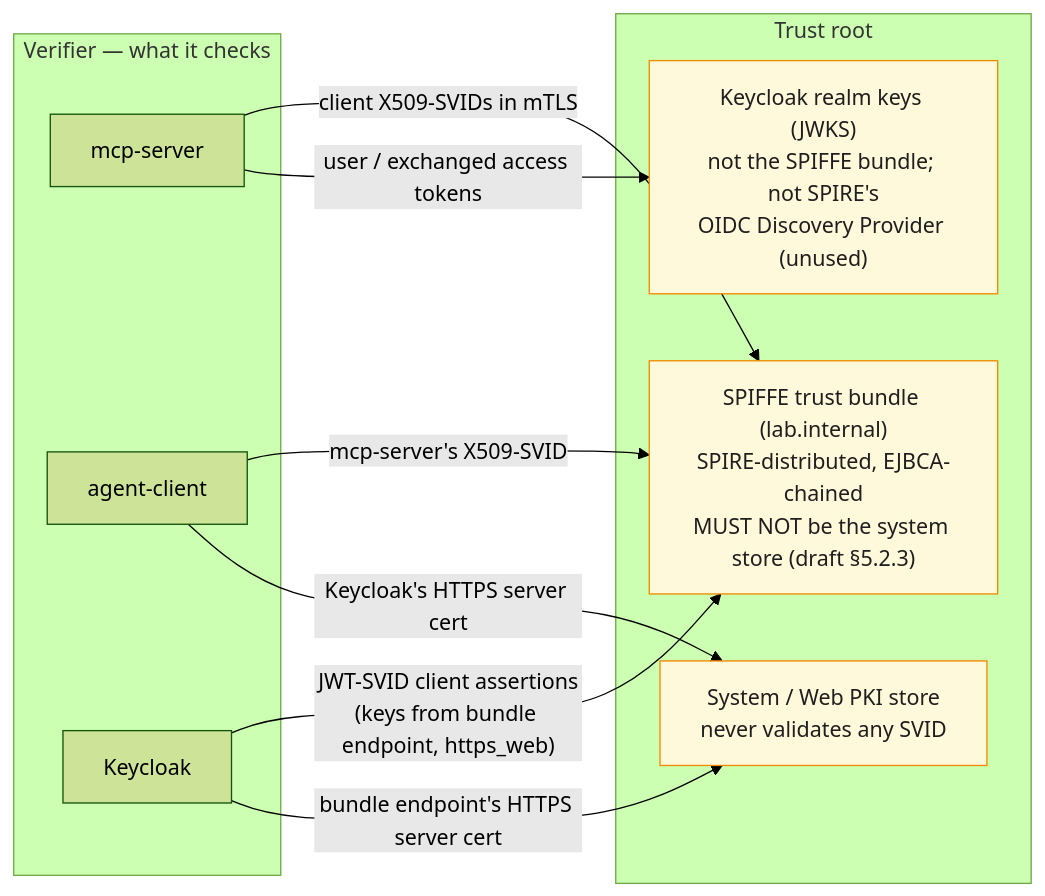
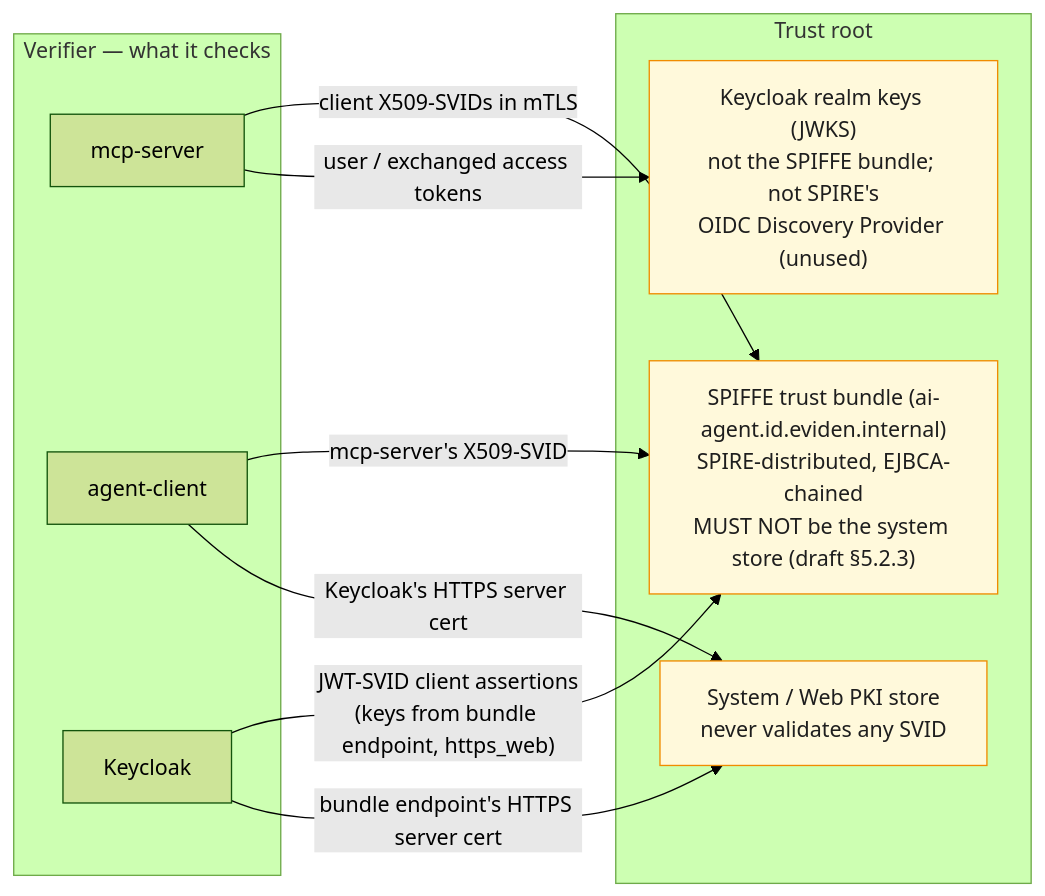
The fourth of 4 diagrams in docs/diagrams/DIAGRAMS.md (vanhoanHoang/ai-agent-spiffe-token-exchange), drawn with Mermaid (forest theme) before and after one commit. The commit also changed other lines of this file and 72 other files, not shown here.

First line of the commit message:
Eviden rebrand: trust domain ai-agent.id.eviden.internal, realm ai-agents, Eviden CA hierarchy (D-027..D-029)

````diff
--- a/docs/diagrams/DIAGRAMS.md
+++ b/docs/diagrams/DIAGRAMS.md
@@ -123,23 +123,23 @@
 ```mermaid
 flowchart LR
     subgraph V["Verifier — what it checks"]
         MCP1["mcp-server"]
         AC1["agent-client"]
         KC1["Keycloak"]
     end
     subgraph S["Trust root"]
-        BUNDLE["SPIFFE trust bundle (lab.internal)<br/>SPIRE-distributed, EJBCA-chained<br/>MUST NOT be the system store (draft §5.2.3)"]
+        BUNDLE["SPIFFE trust bundle (ai-agent.id.eviden.internal)<br/>SPIRE-distributed, EJBCA-chained<br/>MUST NOT be the system store (draft §5.2.3)"]
         SYS["System / Web PKI store<br/>never validates any SVID"]
         JWKS["Keycloak realm keys (JWKS)<br/>not the SPIFFE bundle; not SPIRE's<br/>OIDC Discovery Provider (unused)"]
     end
 
     MCP1 -- "client X509-SVIDs in mTLS" --> BUNDLE
     AC1 -- "mcp-server's X509-SVID" --> BUNDLE
     KC1 -- "JWT-SVID client assertions<br/>(keys from bundle endpoint, https_web)" --> BUNDLE
     AC1 -- "Keycloak's HTTPS server cert" --> SYS
     KC1 -- "bundle endpoint's HTTPS server cert" --> SYS
     MCP1 -- "user / exchanged access tokens" --> JWKS
 
     classDef store fill:#fff9db,stroke:#f08c00,color:#1e1e1e;
     class BUNDLE,SYS,JWKS store;
 ```
````
